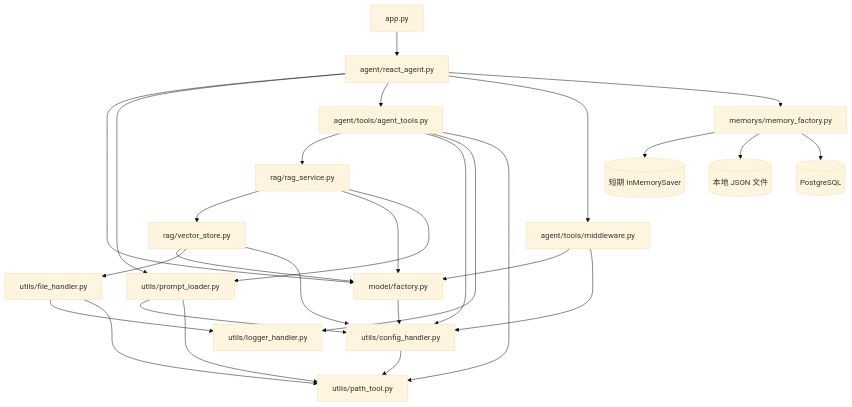
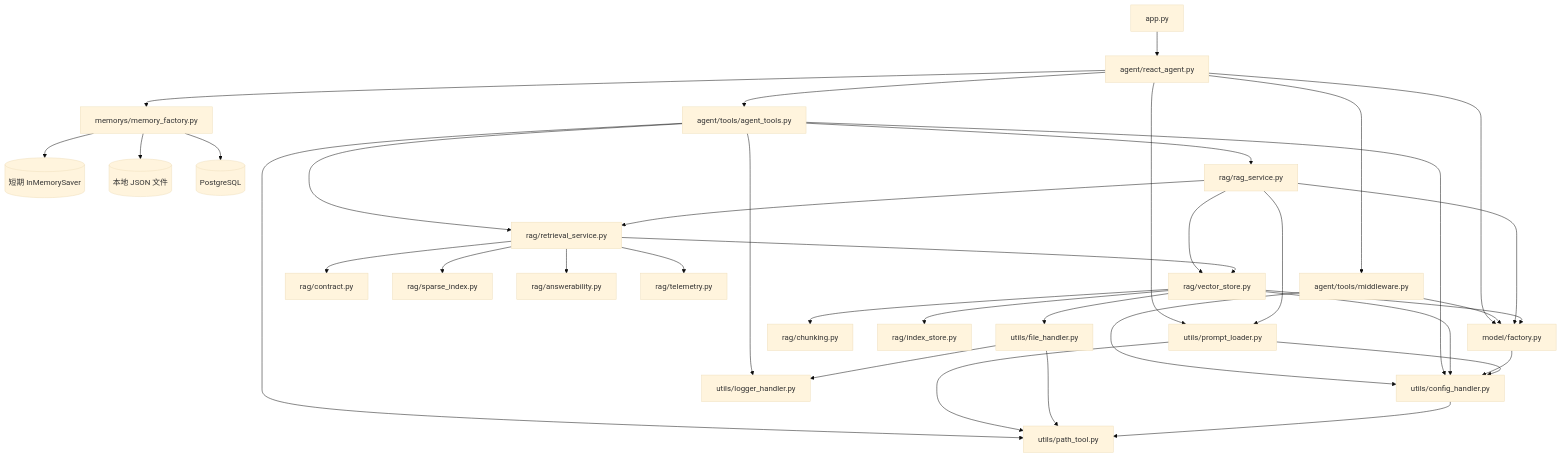
The second of 4 diagrams in docs/ARCHITECTURE.md (AX3031/RAG_Agent02), drawn with Mermaid (base theme) before and after one commit. The commit also changed other lines of this file and 42 other files, not shown here.

First line of the commit message:
feat(rag): evidence contract, hybrid retrieval and offline eval

````diff
--- a/docs/ARCHITECTURE.md
+++ b/docs/ARCHITECTURE.md
@@ -276,30 +295,39 @@
 ```mermaid
 flowchart TB
     APP[app.py] --> RA[agent/react_agent.py]
     RA --> MF[model/factory.py]
     RA --> PL[utils/prompt_loader.py]
     RA --> AT[agent/tools/agent_tools.py]
     RA --> MW[agent/tools/middleware.py]
     MW --> MF
     MW --> CH
     RA --> MEM[memorys/memory_factory.py]
     MEM --> IM[(短期 InMemorySaver)]
     MEM --> FJ[(本地 JSON 文件)]
     MEM --> PG[(PostgreSQL)]
     AT --> RS[rag/rag_service.py]
+    AT --> RT[rag/retrieval_service.py]
     AT --> CH[utils/config_handler.py]
     AT --> LG[utils/logger_handler.py]
     AT --> PT[utils/path_tool.py]
+    RS --> RT
+    RT --> CT[rag/contract.py]
+    RT --> SI[rag/sparse_index.py]
+    RT --> AN[rag/answerability.py]
+    RT --> TL[rag/telemetry.py]
     RS --> VS[rag/vector_store.py]
     RS --> MF
     RS --> PL
+    RT --> VS
+    VS --> CK[rag/chunking.py]
+    VS --> IS[rag/index_store.py]
     VS --> MF
     VS --> FH[utils/file_handler.py]
     VS --> CH
     MF --> CH
     PL --> CH
     PL --> PT
     FH --> LG
     FH --> PT
     CH --> PT
 ```
````
